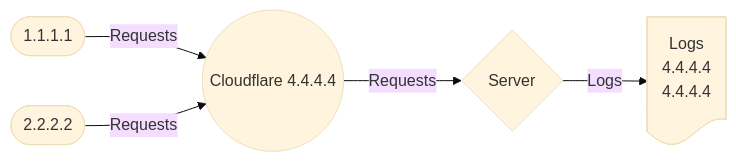
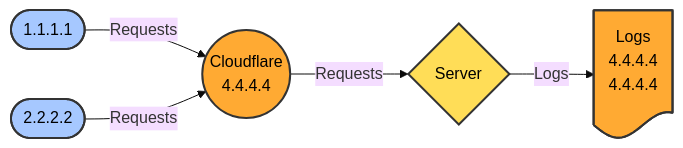
The second of 4 diagrams in content/notes/cloudflare.md (dinhngocdung/easyengine-notes), drawn with Mermaid (base theme) before and after one commit. The commit also changed other lines of this file and 1 other file, not shown here.

Commit message:
update cloudflare graph

````diff
--- a/content/notes/cloudflare.md
+++ b/content/notes/cloudflare.md
@@ -51,7 +56,13 @@
 ```mermaid
 graph LR
-  B1([1.1.1.1]) -->|Requests| CF1(("Cloudflare 4.4.4.4"))
+  B1([1.1.1.1]) -->|Requests| CF1(("Cloudflare\n4.4.4.4"))
   B2([2.2.2.2]) -->|Requests| CF1
   CF1 -->|Requests| S2{Server}
   S2 -->|Logs| L2@{ shape: doc, label: "Logs\n4.4.4.4\n4.4.4.4" }
+
+  style B1 fill:#A6C8FF,stroke:#333,stroke-width:2px,color:#000  
+  style B2 fill:#A6C8FF,stroke:#333,stroke-width:2px,color:#000  
+  style CF1 fill:#FFAA33,stroke:#333,stroke-width:2px,color:#000  
+  style S2 fill:#FFDD57,stroke:#333,stroke-width:2px,color:#000  
+  style L2 fill:#FFAA33,stroke:#333,stroke-width:2px,color:#000    
 ```
````
